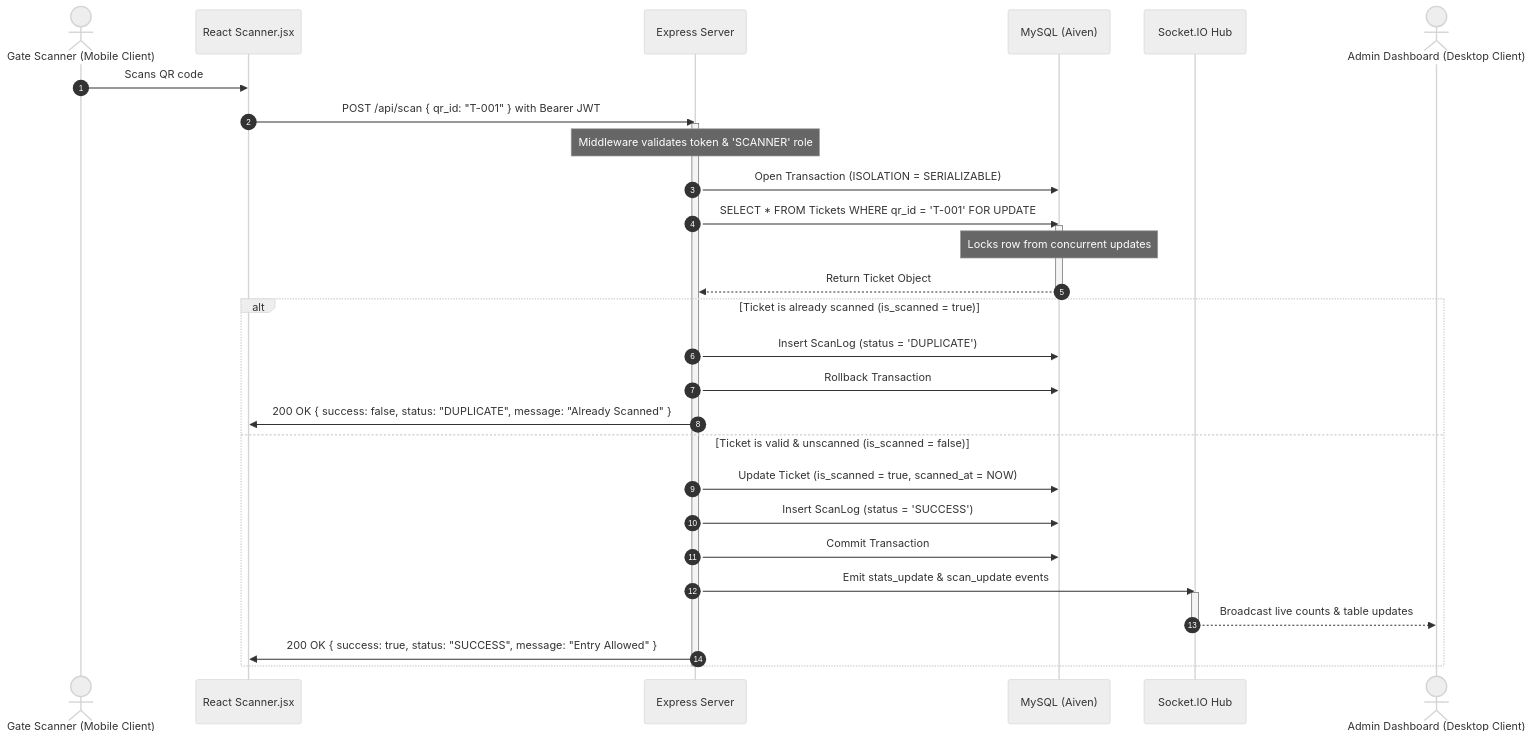
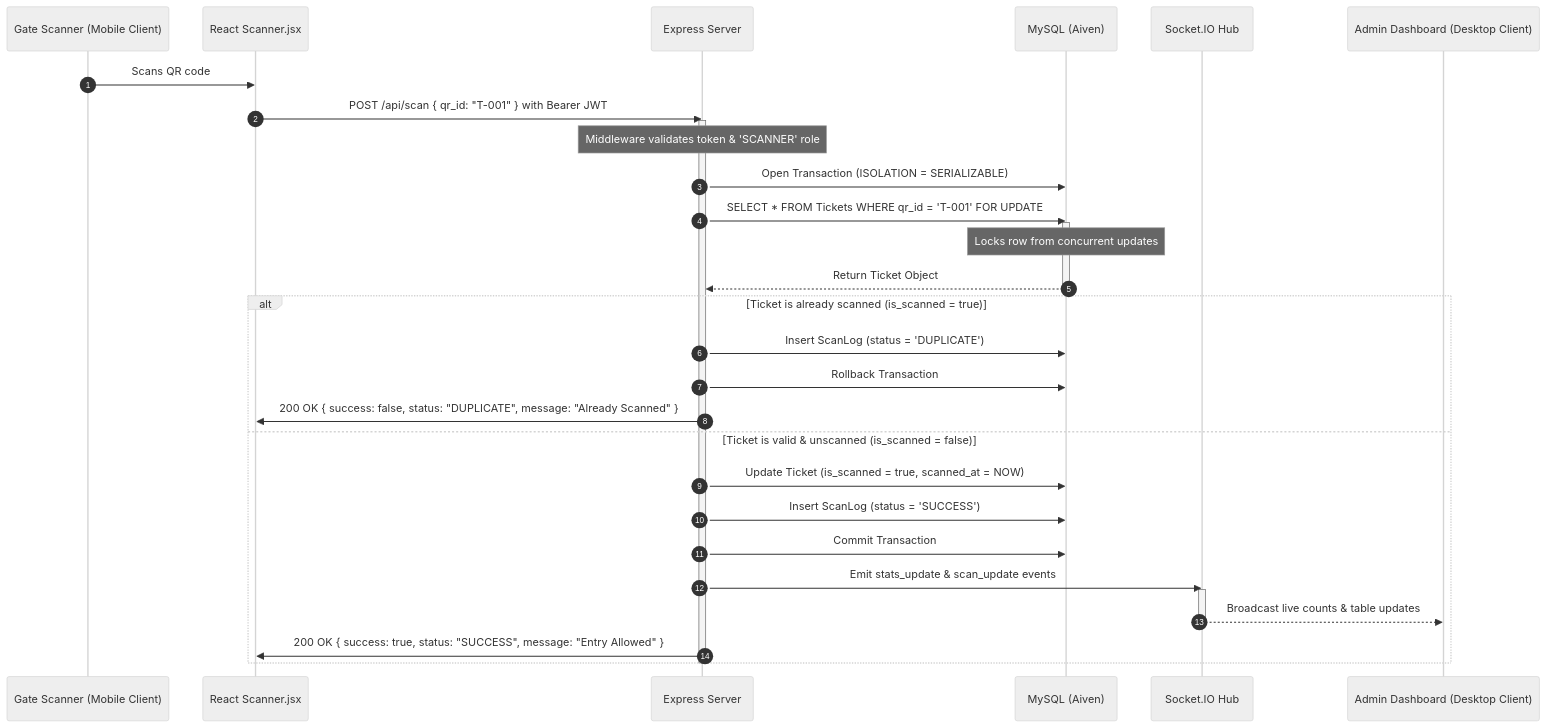
One commit to aloksingh245/QR-CODE-SCANNER-APPLICATION changed the third of 3 diagrams in ARCHITECTURE.md. Above: the diagram before and after it, drawn with Mermaid (neutral theme). The commit also changed other lines of this file, not shown here.

Commit message:
docs: simplify Mermaid styles and sequence keywords for maximum compatibility

````diff
--- a/ARCHITECTURE.md
+++ b/ARCHITECTURE.md
@@ -132,40 +136,40 @@
 ```mermaid
 sequenceDiagram
     autonumber
-    actor Scanner as Gate Scanner (Mobile Client)
+    participant Scanner as Gate Scanner (Mobile Client)
     participant Client as React Scanner.jsx
     participant Server as Express Server
     participant DB as MySQL (Aiven)
     participant Socket as Socket.IO Hub
-    actor Admin as Admin Dashboard (Desktop Client)
+    participant Admin as Admin Dashboard (Desktop Client)
 
     Scanner->>Client: Scans QR code
     Client->>Server: POST /api/scan { qr_id: "T-001" } with Bearer JWT
     activate Server
     Note over Server: Middleware validates token & 'SCANNER' role
 
     Server->>DB: Open Transaction (ISOLATION = SERIALIZABLE)
     Server->>DB: SELECT * FROM Tickets WHERE qr_id = 'T-001' FOR UPDATE
     activate DB
     Note over DB: Locks row from concurrent updates
     DB-->>Server: Return Ticket Object
     deactivate DB
 
     alt Ticket is already scanned (is_scanned = true)
         Server->>DB: Insert ScanLog (status = 'DUPLICATE')
         Server->>DB: Rollback Transaction
         Server->>Client: 200 OK { success: false, status: "DUPLICATE", message: "Already Scanned" }
     else Ticket is valid & unscanned (is_scanned = false)
         Server->>DB: Update Ticket (is_scanned = true, scanned_at = NOW)
         Server->>DB: Insert ScanLog (status = 'SUCCESS')
         Server->>DB: Commit Transaction
         
         Server->>Socket: Emit stats_update & scan_update events
         activate Socket
         Socket-->>Admin: Broadcast live counts & table updates
         deactivate Socket
         
         Server->>Client: 200 OK { success: true, status: "SUCCESS", message: "Entry Allowed" }
     end
     deactivate Server
 ```
````
